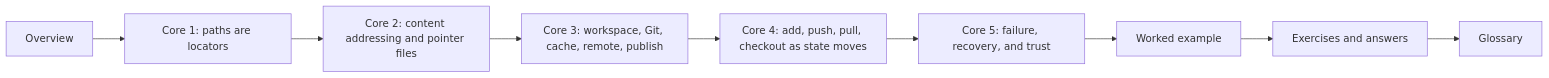
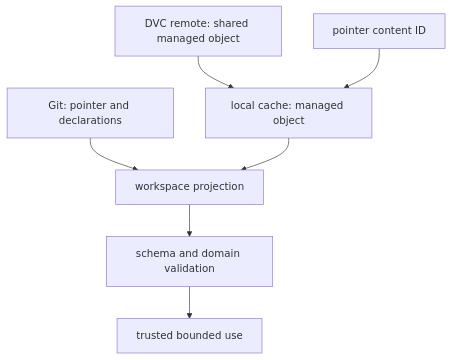
One commit to bijux/bijux-masterclass changed the third of 4 diagrams in programs/reproducible-research/deep-dive-dvc/course-book/module-02-data-identity-content-addressing/index.md. Above: the diagram before and after it, drawn with Mermaid. The commit also changed other lines of this file, not shown here.

Commit message:
docs(dvc): orient independent data identity study

````diff
--- a/programs/reproducible-research/deep-dive-dvc/course-book/module-02-data-identity-content-addressing/index.md
+++ b/programs/reproducible-research/deep-dive-dvc/course-book/module-02-data-identity-content-addressing/index.md
@@ -62,11 +108,9 @@
 ```mermaid
-flowchart LR
-  overview["Overview"] --> core1["Core 1: paths are locators"]
-  core1 --> core2["Core 2: content addressing and pointer files"]
-  core2 --> core3["Core 3: workspace, Git, cache, remote, publish"]
-  core3 --> core4["Core 4: add, push, pull, checkout as state moves"]
-  core4 --> core5["Core 5: failure, recovery, and trust"]
-  core5 --> example["Worked example"]
-  example --> practice["Exercises and answers"]
-  practice --> glossary["Glossary"]
+flowchart TD
+  git["Git: pointer and declarations"] --> workspace["workspace projection"]
+  cache["local cache: managed object"] --> workspace
+  remote["DVC remote: shared managed object"] --> cache
+  pointer["pointer content ID"] --> cache
+  workspace --> semantic["schema and domain validation"]
+  semantic --> claim["trusted bounded use"]
 ```
````
